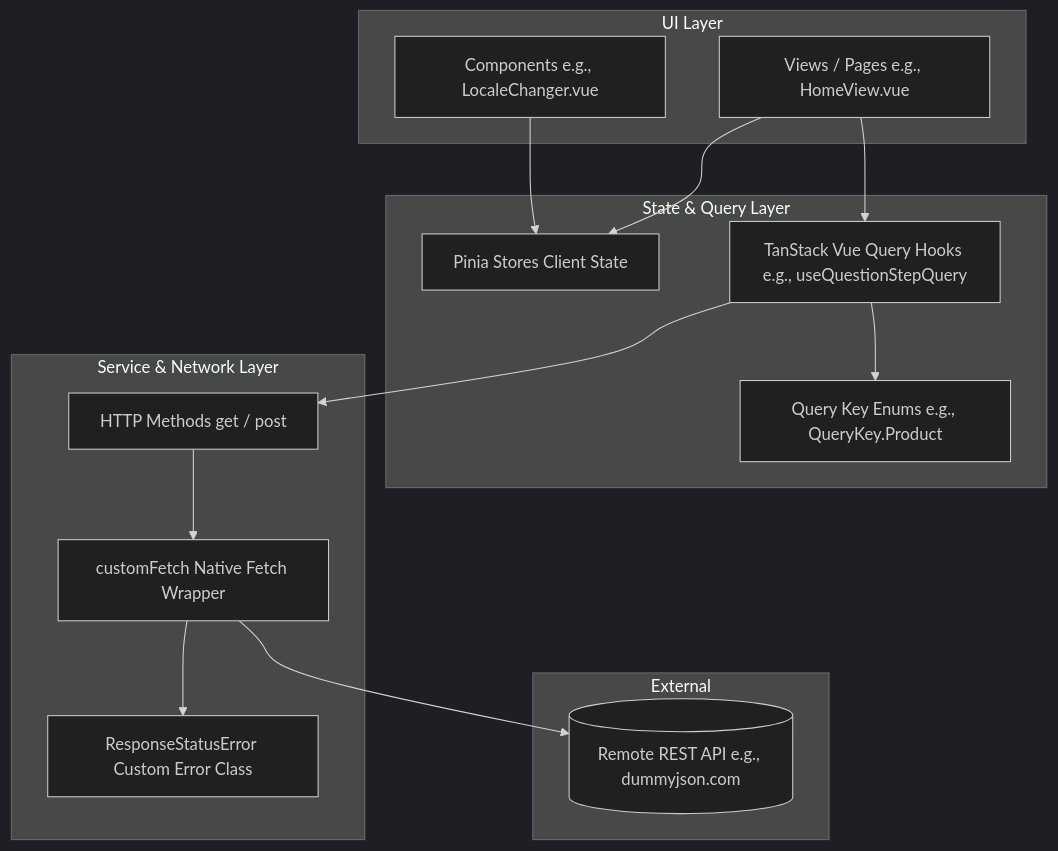
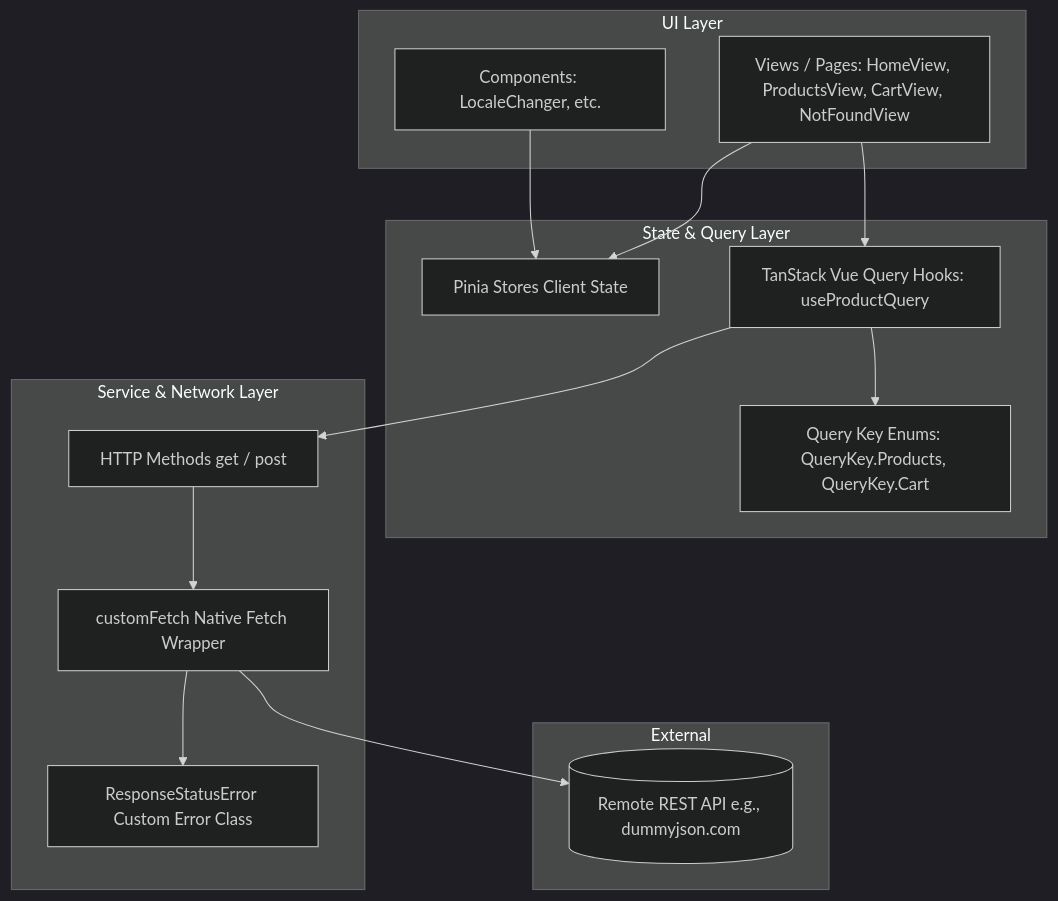
One commit to mishrarakesh-1902/E-commerce-web changed the diagram in README.md. Above: the diagram before and after it, drawn with Mermaid (dark theme). The commit also changed other lines of this file and 40 other files, not shown here.

````diff
--- a/README.md
+++ b/README.md
@@ -114,32 +114,32 @@
 ```mermaid
 flowchart TD
     subgraph UI Layer
-        V[Views / Pages e.g., HomeView.vue]
-        C[Components e.g., LocaleChanger.vue]
+        V[Views / Pages: HomeView, ProductsView, CartView, NotFoundView]
+        C[Components: LocaleChanger, etc.]
     end
 
     subgraph State & Query Layer
         P[Pinia Stores Client State]
-        VQ[TanStack Vue Query Hooks e.g., useQuestionStepQuery]
-        QK[Query Key Enums e.g., QueryKey.Product]
+        VQ[TanStack Vue Query Hooks: useProductQuery]
+        QK[Query Key Enums: QueryKey.Products, QueryKey.Cart]
     end
 
     subgraph Service & Network Layer
         HS[HTTP Methods get / post]
         CF[customFetch Native Fetch Wrapper]
         ERR[ResponseStatusError Custom Error Class]
     end
 
     subgraph External
         API[(Remote REST API e.g., dummyjson.com)]
     end
 
     V --> VQ
     C --> P
     V --> P
     VQ --> QK
     VQ --> HS
     HS --> CF
     CF --> ERR
     CF --> API
 ```
````
